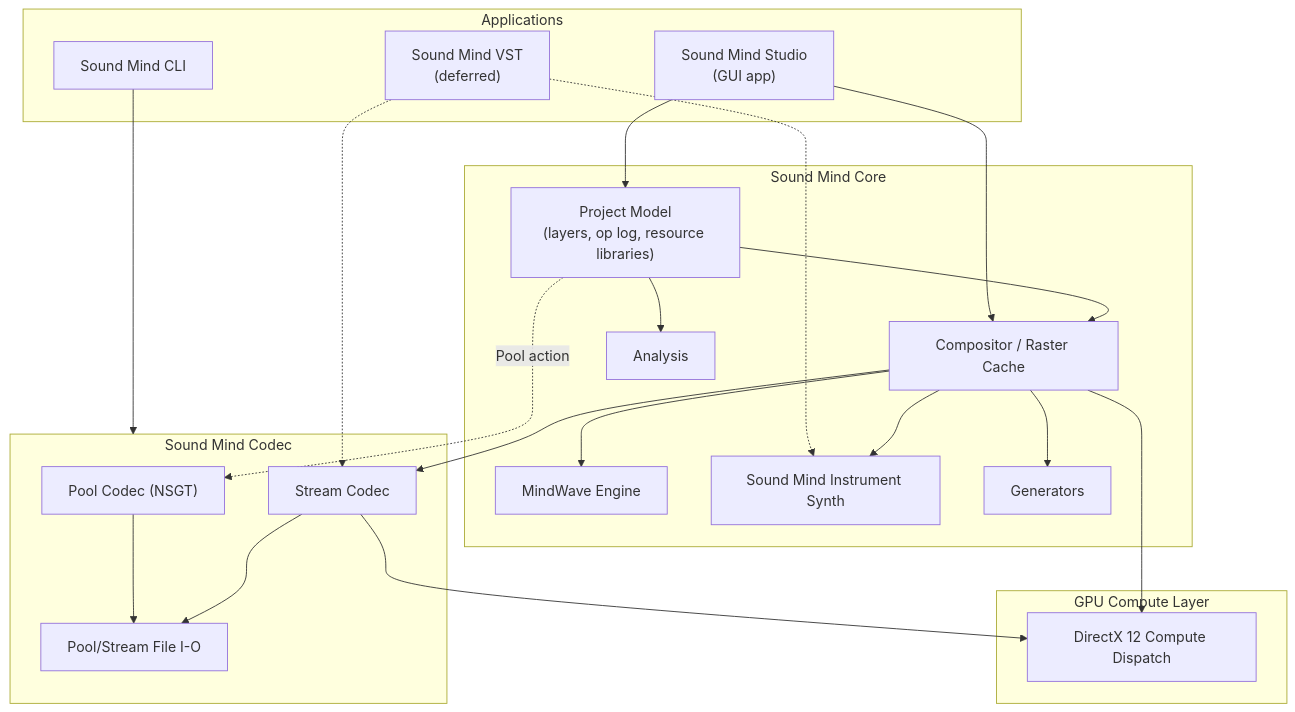
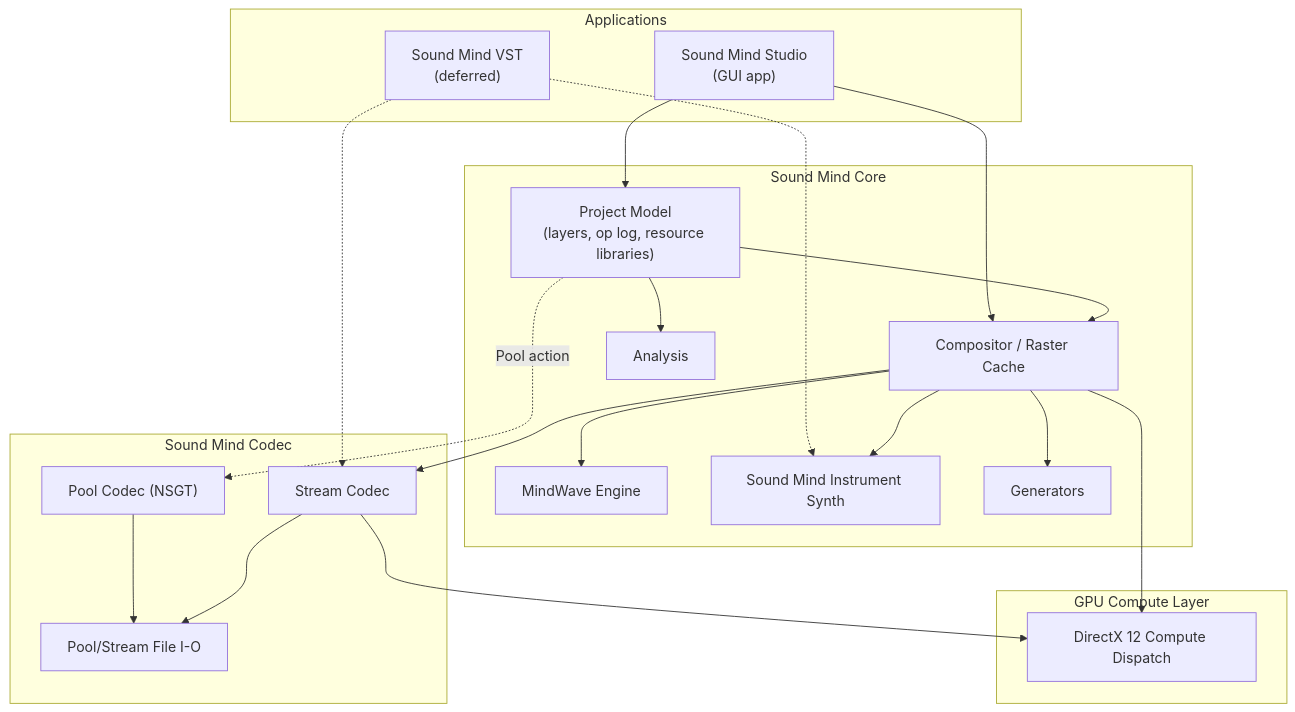
The first of 3 diagrams in docs/sound-mind-architecture.md (TheWalruss/sound-mind-2), drawn with Mermaid before and after one commit. The commit also changed other lines of this file and 1 other file, not shown here.

First line of the commit message:
docs: drop the CLI concept, resolve FFTW3 licensing for NSGT

````diff
--- a/docs/sound-mind-architecture.md
+++ b/docs/sound-mind-architecture.md
@@ -27,46 +27,44 @@
 ```mermaid
 flowchart TB
     subgraph Apps["Applications"]
         Studio["Sound Mind Studio<br/>(GUI app)"]
-        CLIApp["Sound Mind CLI"]
         VSTApp["Sound Mind VST<br/>(deferred)"]
     end
 
     subgraph Core["Sound Mind Core"]
         ProjectModel["Project Model<br/>(layers, op log, resource libraries)"]
         Compositor["Compositor / Raster Cache"]
         MindWaveEngine["MindWave Engine"]
         InstrumentEngine["Sound Mind Instrument Synth"]
         Generators["Generators"]
         Analysis["Analysis"]
     end
 
     subgraph Codec["Sound Mind Codec"]
         Pool["Pool Codec (NSGT)"]
         Stream["Stream Codec"]
         FormatIO["Pool/Stream File I-O"]
     end
 
     subgraph GPUL["GPU Compute Layer"]
         DX12["DirectX 12 Compute Dispatch"]
     end
 
     Studio --> ProjectModel
     Studio --> Compositor
-    CLIApp --> Codec
     VSTApp -.-> Stream
     VSTApp -.-> InstrumentEngine
 
     ProjectModel --> Compositor
     Compositor --> MindWaveEngine
     Compositor --> InstrumentEngine
     Compositor --> Generators
     ProjectModel --> Analysis
     Compositor --> Stream
     ProjectModel -. "Pool" action .-> Pool
     Pool --> FormatIO
     Stream --> FormatIO
 
     Stream --> DX12
     Compositor --> DX12
 ```
````
